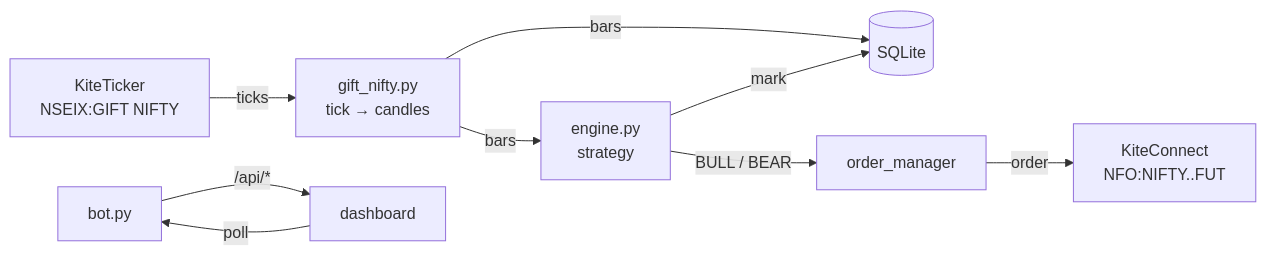
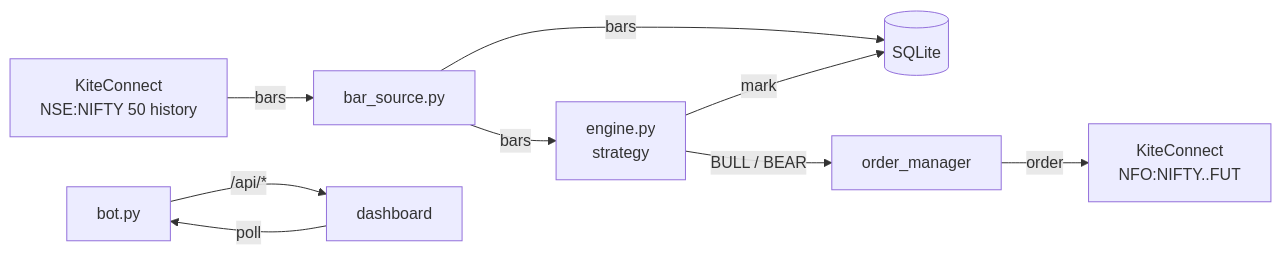
One commit to surikbs-xp/belaku changed the diagram in website/docs/index.md. Above: the diagram before and after it, drawn with Mermaid. The commit also changed other lines of this file and 22 other files, not shown here.

````diff
--- a/website/docs/index.md
+++ b/website/docs/index.md
@@ -17,11 +17,11 @@
 ```mermaid
 graph LR
-  K[KiteTicker<br/>NSEIX:GIFT NIFTY] -->|ticks| F[gift_nifty.py<br/>tick → candles]
+  K[KiteConnect<br/>NSE:NIFTY 50 history] -->|bars| F[bar_source.py]
   F -->|bars| DB[(SQLite)]
   F -->|bars| E[engine.py<br/>strategy]
   E -->|BULL / BEAR| OM[order_manager]
   OM -->|order| K2[KiteConnect<br/>NFO:NIFTY..FUT]
   E -->|mark| DB
   B[bot.py] -->|/api/*| JS[dashboard]
   JS -->|poll| B
 ```
````
